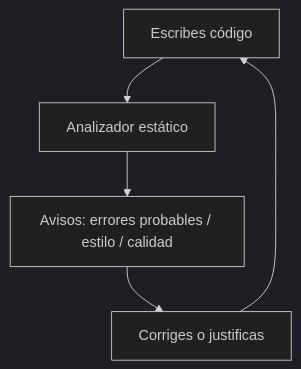
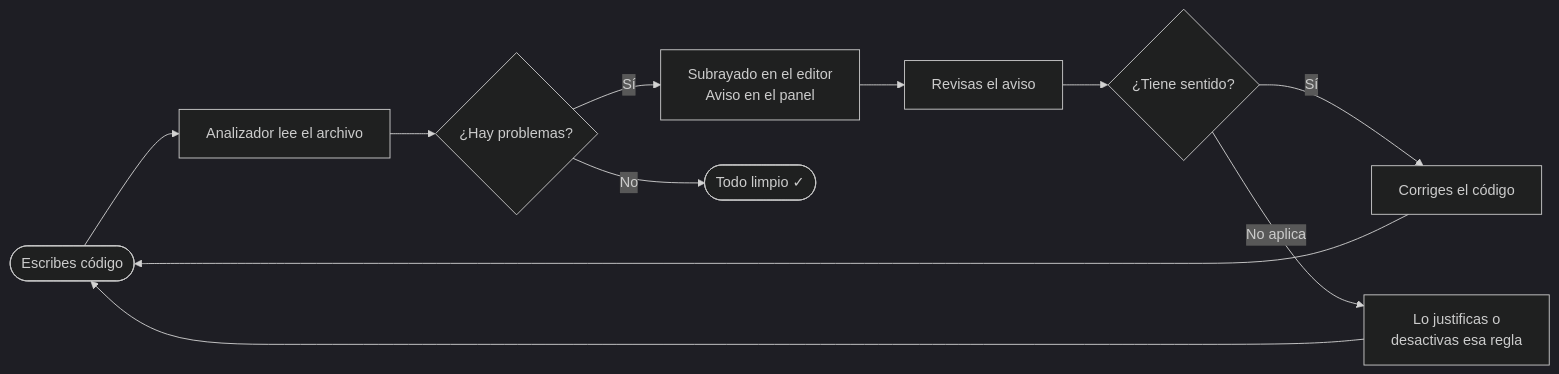
The first of 2 diagrams in docs/tema4/analizadores.md (aitorventura/entornos-de-desarrollo), drawn with Mermaid (dark theme) before and after one commit. The commit also changed other lines of this file and 61 other files, not shown here.

````diff
--- a/docs/tema4/analizadores.md
+++ b/docs/tema4/analizadores.md
@@ -36,7 +100,13 @@
 ```mermaid
-flowchart TB
-  A[Escribes código] --> B[Analizador estático]
-  B --> C[Avisos: errores probables / estilo / calidad]
-  C --> D[Corriges o justificas]
-  D --> A
+flowchart LR
+    A([Escribes código]) --> B[Analizador lee el archivo]
+    B --> C{¿Hay problemas?}
+    C -- Sí --> D[Subrayado en el editor\nAviso en el panel]
+    C -- No --> E([Todo limpio ✓])
+    D --> F[Revisas el aviso]
+    F --> G{¿Tiene sentido?}
+    G -- Sí --> H[Corriges el código]
+    G -- No aplica --> I[Lo justificas o\ndesactivas esa regla]
+    H --> A
+    I --> A
 ```
````
